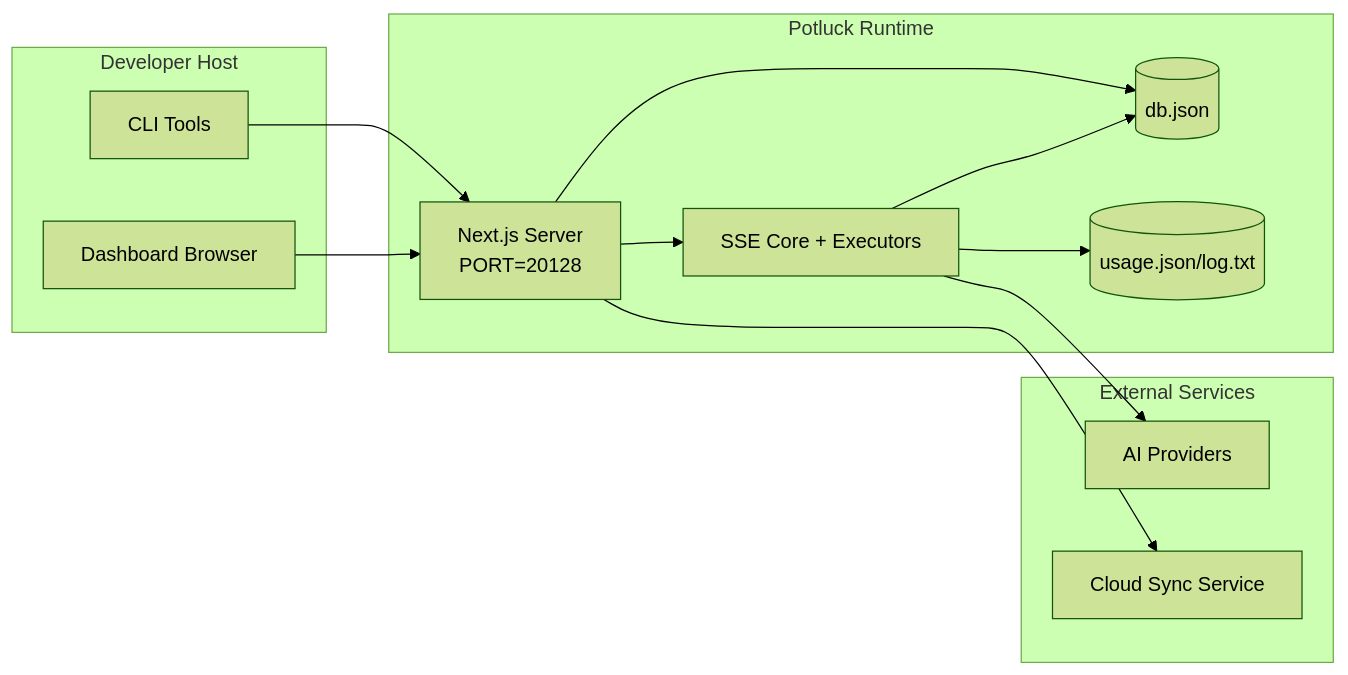
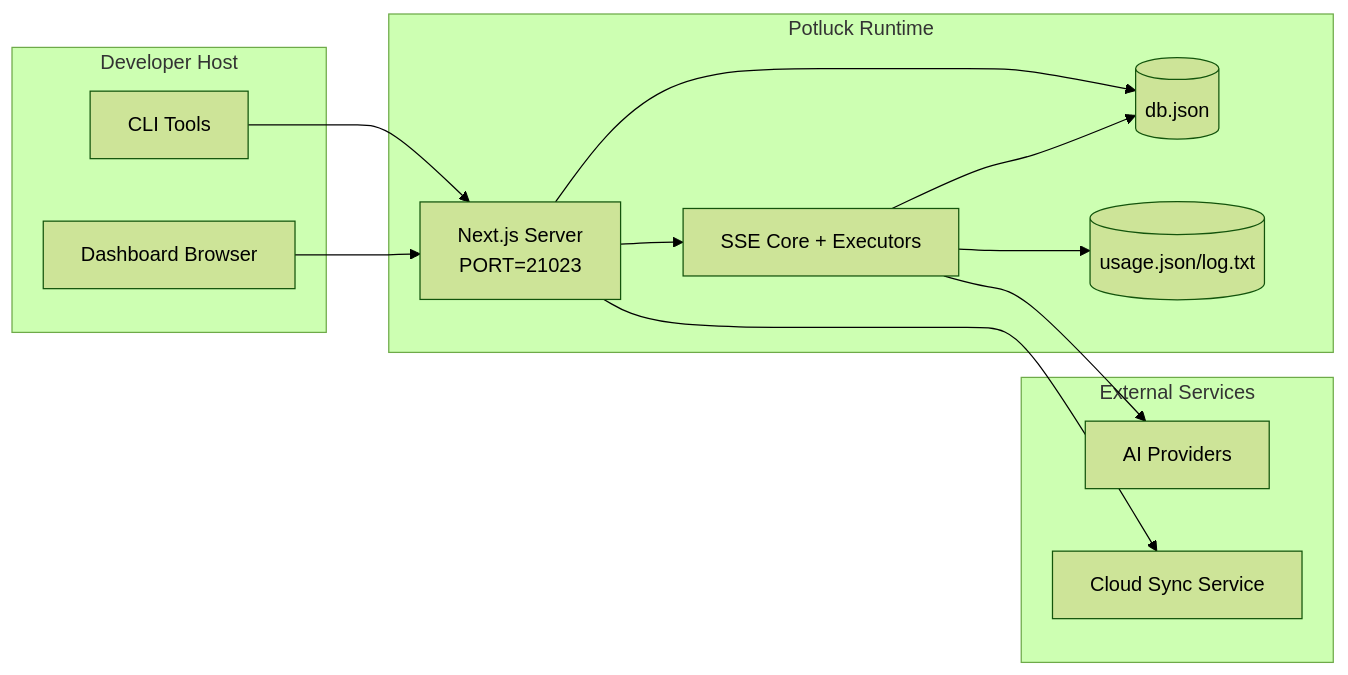
The seventh of 7 diagrams in docs/ARCHITECTURE.md (Ezero23/potluck), drawn with Mermaid (forest theme) before and after one commit. The commit also changed other lines of this file and 12 other files, not shown here.

````diff
--- a/docs/ARCHITECTURE.md
+++ b/docs/ARCHITECTURE.md
@@ -387,28 +387,28 @@
 ```mermaid
 flowchart LR
     subgraph LocalHost[Developer Host]
         CLI[CLI Tools]
         Browser[Dashboard Browser]
     end
 
     subgraph ContainerOrProcess[Potluck Runtime]
-        Next[Next.js Server\nPORT=20128]
+        Next[Next.js Server\nPORT=21023]
         Core[SSE Core + Executors]
         MainDB[(db.json)]
         UsageDB[(usage.json/log.txt)]
     end
 
     subgraph External[External Services]
         Providers[AI Providers]
         SyncCloud[Cloud Sync Service]
     end
 
     CLI --> Next
     Browser --> Next
     Next --> Core
     Next --> MainDB
     Core --> MainDB
     Core --> UsageDB
     Core --> Providers
     Next --> SyncCloud
 ```
````
